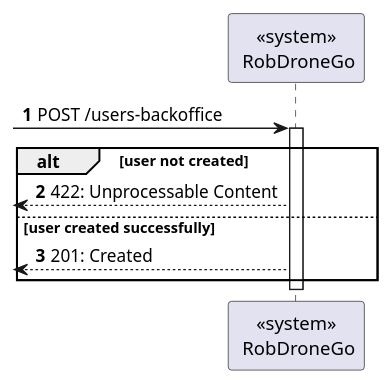
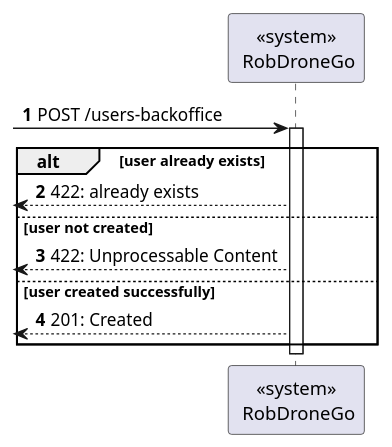
The diagram in docs/us10/level1/be-process_view.puml (Departamento-de-Engenharia-Informatica/lapr5-23-24-g19), drawn with PlantUML before and after one commit. The commit also changed 5 other files, not shown here.

```diff
--- a/docs/us10/level1/be-process_view.puml
+++ b/docs/us10/level1/be-process_view.puml
@@ -1,16 +1,18 @@
 @startuml
 autonumber
 
 participant "<<system>>\n RobDroneGo" as sys
 
 [-> sys: POST /users-backoffice
 
 activate sys
-    alt user not created
+    alt user already exists
+        [<-- sys : 422: already exists
+    else user not created
         [<-- sys : 422: Unprocessable Content
     else user created successfully
         [<-- sys : 201: Created
     end
 deactivate sys
 
 @enduml
```
